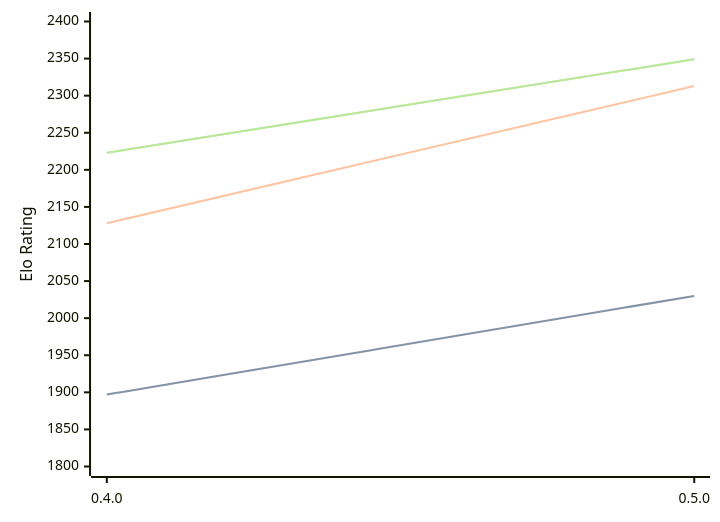
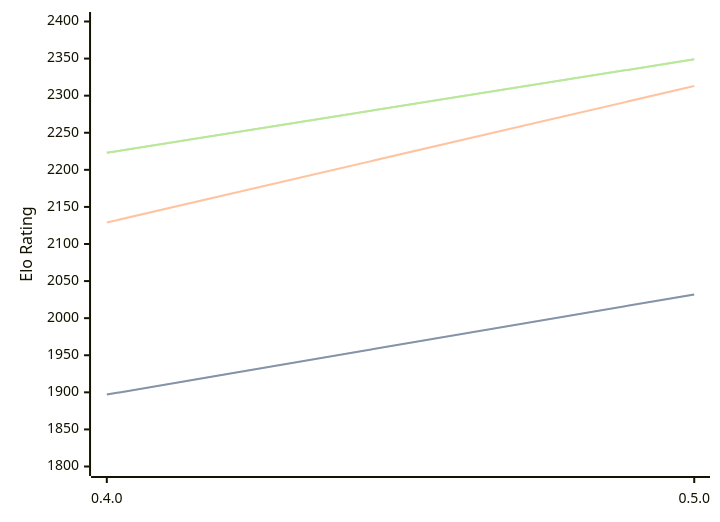
Before and after one commit to computer-chess-index/cci: the diagram in engines/Atenika.md, drawn with Mermaid. The commit also changed other lines of this file, not shown here.

````diff
--- a/engines/Atenika.md
+++ b/engines/Atenika.md
@@ -32,11 +32,11 @@
 ```mermaid
 %%{init: {"theme":"base","themeVariables":{"seriesColors:['#a3a3a3','#222221','#faa371']}}}%%
 xychart-beta
   x-axis ["0.4.0", "0.5.0"]
   y-axis "Elo Rating" 1800 --> 2400
-  line "" [1897, 2030]
-  line "STC (8.0+0.08s)" [1897, 2030]
-  line "LTC (60.0+0.60s)" [2128, 2313]
+  line "" [1897, 2032]
+  line "STC (8.0+0.08s)" [1897, 2032]
+  line "LTC (60.0+0.60s)" [2129, 2313]
   line "" [2223, 2349]
   line "VLTC (2m24s+1.12s)" [2223, 2349]
 ```
````
